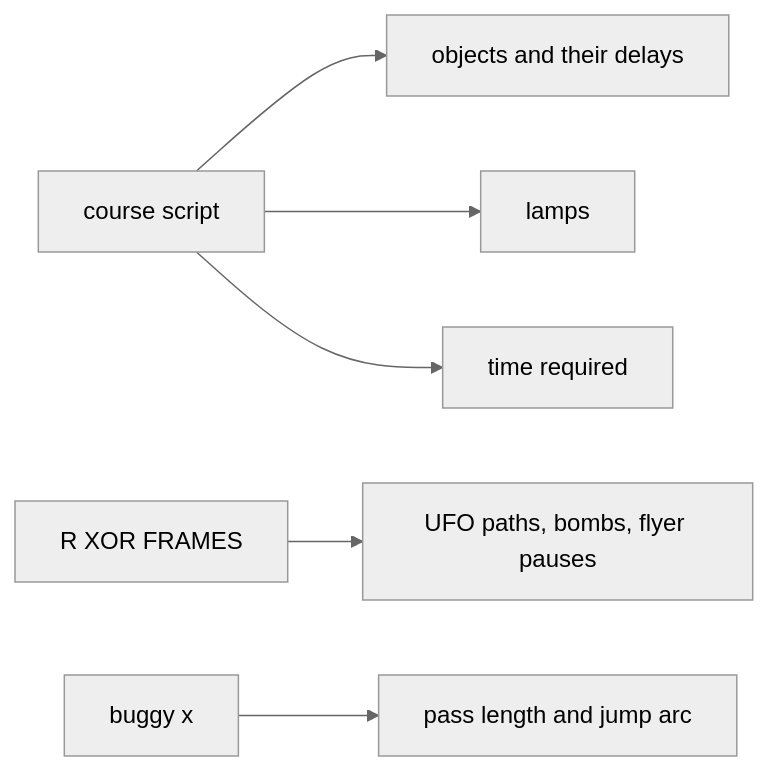
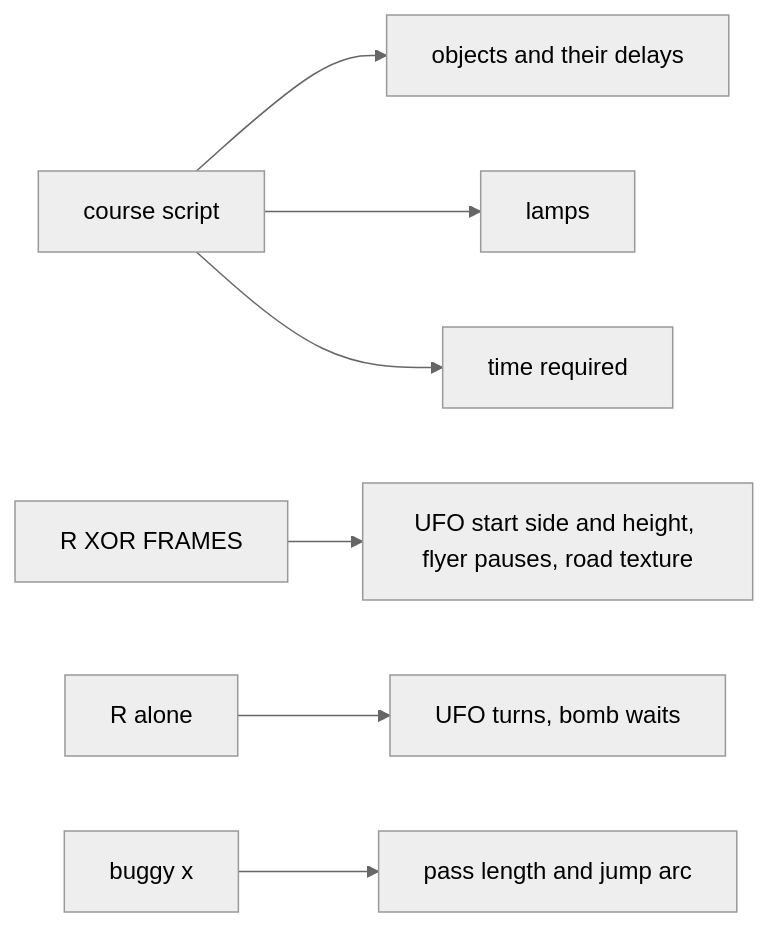
One commit to alfishe/unrealng-reverse-cases changed the seventh of 9 diagrams in games/moon-patrol/docs/10-gameplay-logic.md. Above: the diagram before and after it, drawn with Mermaid (neutral theme). The commit also changed other lines of this file and 31 other files, not shown here.

````diff
--- a/games/moon-patrol/docs/10-gameplay-logic.md
+++ b/games/moon-patrol/docs/10-gameplay-logic.md
@@ -519,8 +545,9 @@
 ```mermaid
 flowchart LR
     S[course script] --> O[objects and their delays]
     S --> L[lamps]
     S --> T[time required]
-    R[R XOR FRAMES] --> U[UFO paths, bombs, flyer pauses]
+    RF[R XOR FRAMES] --> U[UFO start side and height, flyer pauses, road texture]
+    RA[R alone] --> W[UFO turns, bomb waits]
     X[buggy x] --> P[pass length and jump arc]
 ```
````
